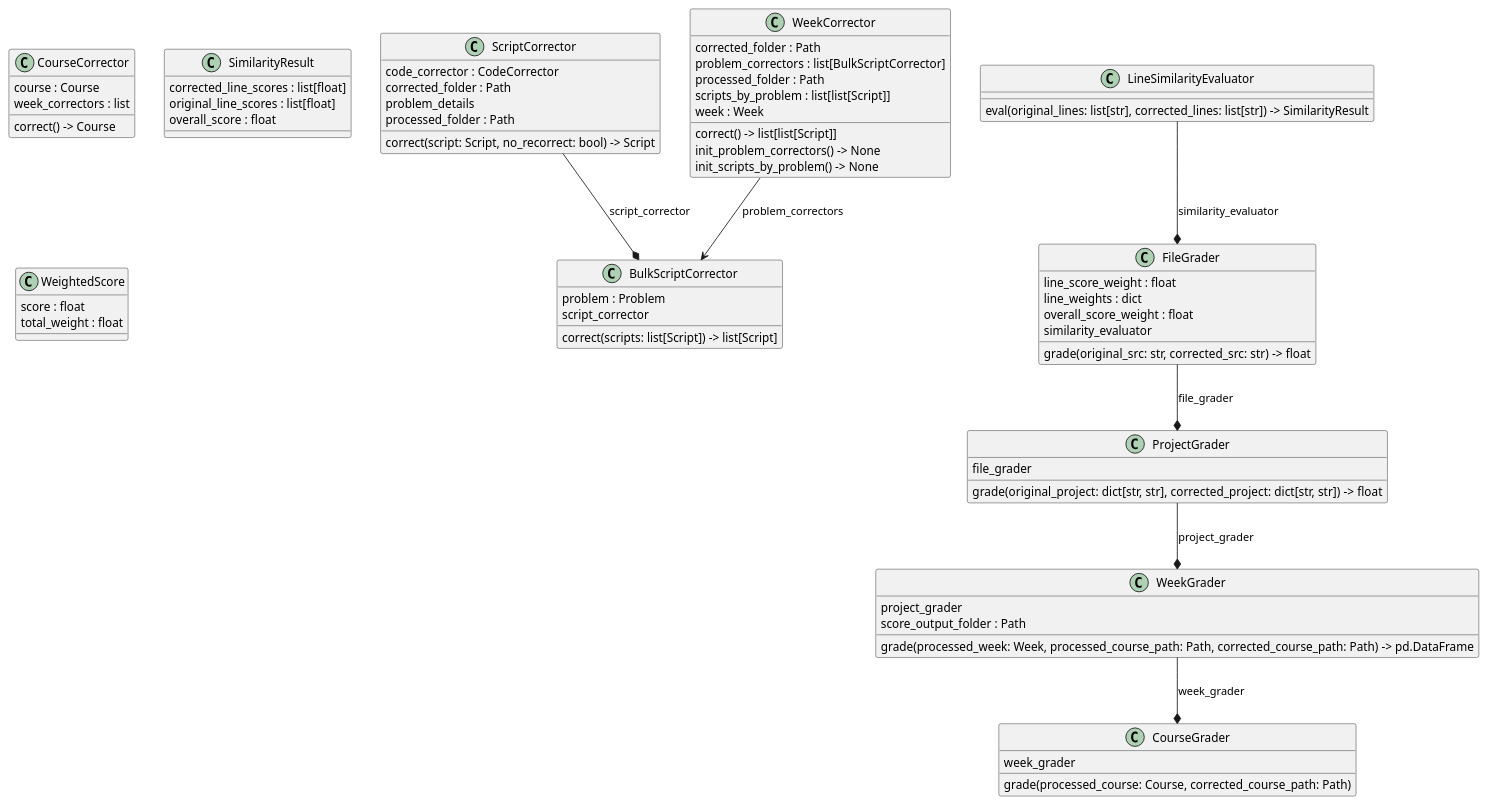
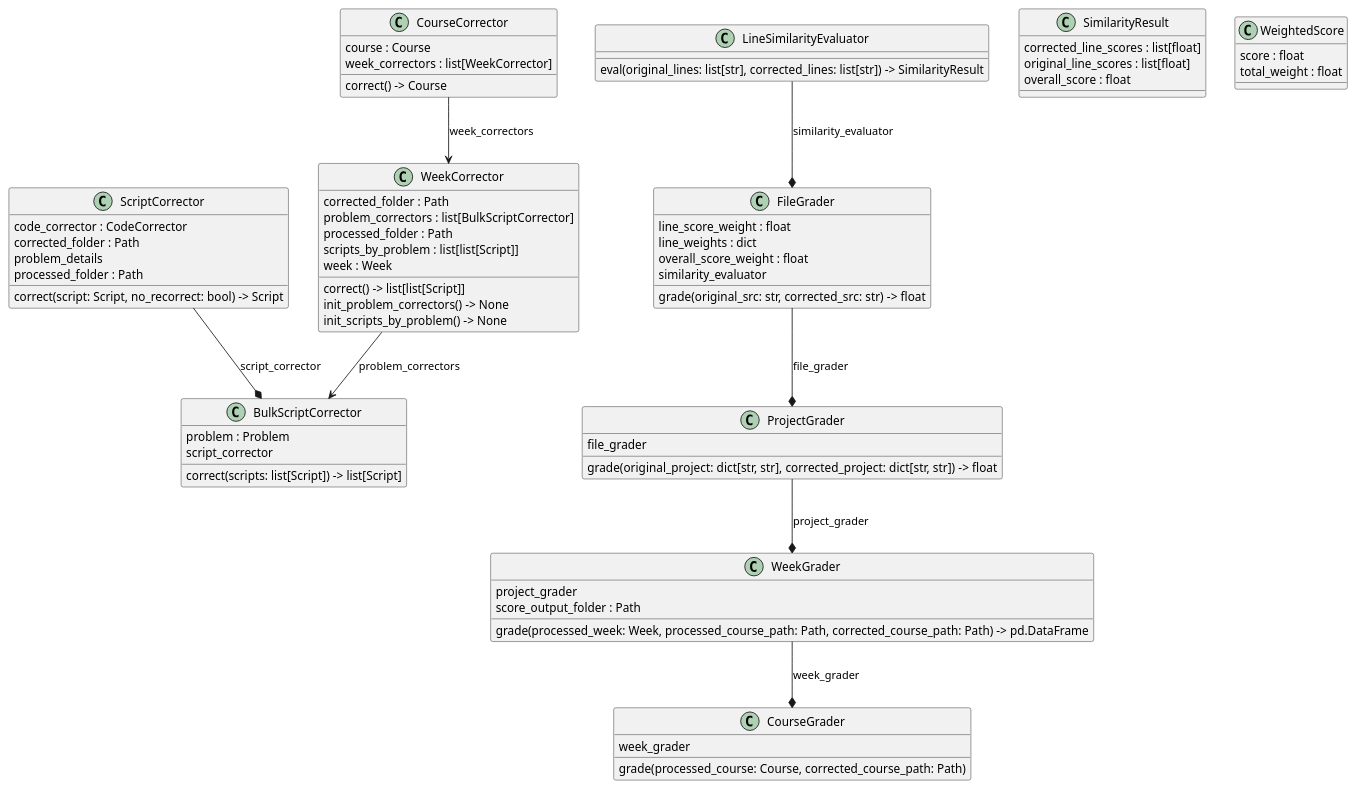
Before and after one commit to gia-khanhs/CPP-Autograding-System: the diagram in docs/umls/grading/classes_grading.puml, drawn with PlantUML. The commit also changed 12 other files, not shown here.

```diff
--- a/docs/umls/grading/classes_grading.puml
+++ b/docs/umls/grading/classes_grading.puml
@@ -1,68 +1,69 @@
 @startuml classes_grading
 set namespaceSeparator none
 class "BulkScriptCorrector" as src.grading.correction.BulkScriptCorrector {
   problem : Problem
   script_corrector
   correct(scripts: list[Script]) -> list[Script]
 }
 class "CourseCorrector" as src.grading.correction.CourseCorrector {
   course : Course
-  week_correctors : list
+  week_correctors : list[WeekCorrector]
   correct() -> Course
 }
 class "CourseGrader" as src.grading.pipeline.CourseGrader {
   week_grader
   grade(processed_course: Course, corrected_course_path: Path)
 }
 class "FileGrader" as src.grading.grade.FileGrader {
   line_score_weight : float
   line_weights : dict
   overall_score_weight : float
   similarity_evaluator
   grade(original_src: str, corrected_src: str) -> float
 }
 class "LineSimilarityEvaluator" as src.grading.similarity.LineSimilarityEvaluator {
   eval(original_lines: list[str], corrected_lines: list[str]) -> SimilarityResult
 }
 class "ProjectGrader" as src.grading.grade.ProjectGrader {
   file_grader
   grade(original_project: dict[str, str], corrected_project: dict[str, str]) -> float
 }
 class "ScriptCorrector" as src.grading.correction.ScriptCorrector {
   code_corrector : CodeCorrector
   corrected_folder : Path
   problem_details
   processed_folder : Path
   correct(script: Script, no_recorrect: bool) -> Script
 }
 class "SimilarityResult" as src.grading.similarity.SimilarityResult {
   corrected_line_scores : list[float]
   original_line_scores : list[float]
   overall_score : float
 }
 class "WeekCorrector" as src.grading.correction.WeekCorrector {
   corrected_folder : Path
   problem_correctors : list[BulkScriptCorrector]
   processed_folder : Path
   scripts_by_problem : list[list[Script]]
   week : Week
   correct() -> list[list[Script]]
   init_problem_correctors() -> None
   init_scripts_by_problem() -> None
 }
 class "WeekGrader" as src.grading.pipeline.WeekGrader {
   project_grader
   score_output_folder : Path
   grade(processed_week: Week, processed_course_path: Path, corrected_course_path: Path) -> pd.DataFrame
 }
 class "WeightedScore" as src.grading.grade.WeightedScore {
   score : float
   total_weight : float
 }
 src.grading.correction.WeekCorrector --> src.grading.correction.BulkScriptCorrector : problem_correctors
+src.grading.correction.CourseCorrector --> src.grading.correction.WeekCorrector : week_correctors
 src.grading.correction.ScriptCorrector --* src.grading.correction.BulkScriptCorrector : script_corrector
 src.grading.grade.FileGrader --* src.grading.grade.ProjectGrader : file_grader
 src.grading.grade.ProjectGrader --* src.grading.pipeline.WeekGrader : project_grader
 src.grading.pipeline.WeekGrader --* src.grading.pipeline.CourseGrader : week_grader
 src.grading.similarity.LineSimilarityEvaluator --* src.grading.grade.FileGrader : similarity_evaluator
 @enduml
```
